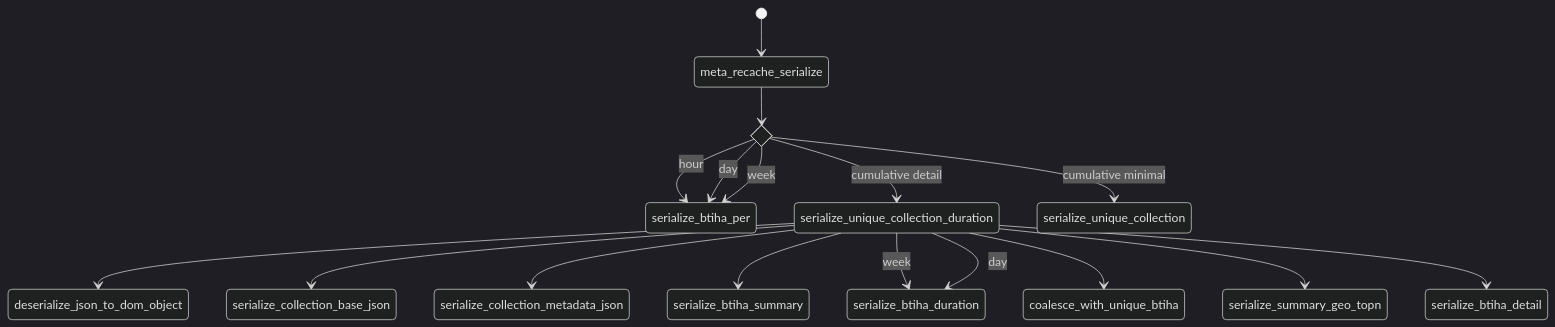
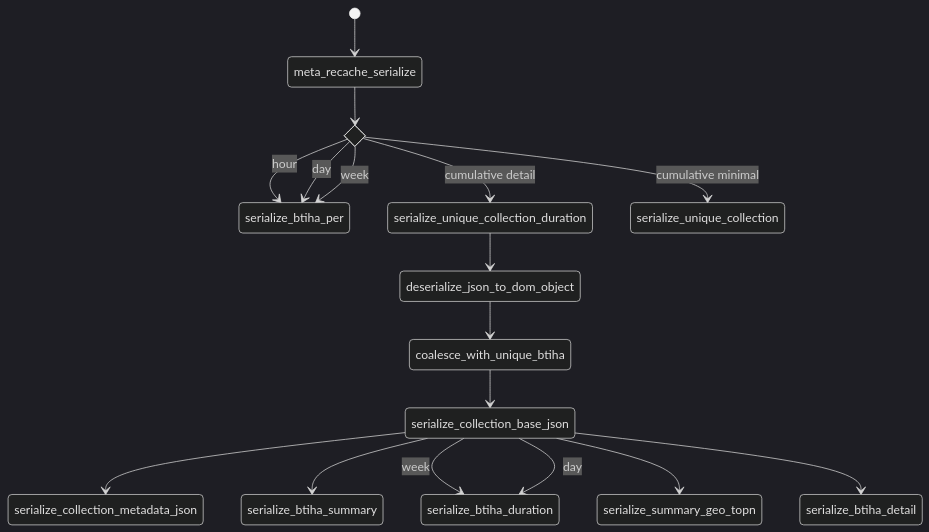
Before and after one commit to bdekoz/alpha60-docs: the diagram in docs/graphs/meta_recache_serialize.mmd, drawn with Mermaid (dark theme). The commit also changed 2 other files, not shown here.

```diff
--- a/docs/graphs/meta_recache_serialize.mmd
+++ b/docs/graphs/meta_recache_serialize.mmd
@@ -1,23 +1,21 @@
 stateDiagram-v2
     [*] --> meta_recache_serialize
 
     state if_state<<choice>>
     meta_recache_serialize --> if_state
     if_state --> serialize_btiha_per: hour
     if_state --> serialize_btiha_per: day
     if_state --> serialize_btiha_per: week
     if_state --> serialize_unique_collection_duration: cumulative detail
     if_state --> serialize_unique_collection: cumulative minimal
 
     serialize_unique_collection_duration --> deserialize_json_to_dom_object
-    serialize_unique_collection_duration --> serialize_collection_base_json
-    serialize_unique_collection_duration --> serialize_collection_metadata_json
-    serialize_unique_collection_duration --> serialize_btiha_summary
+    deserialize_json_to_dom_object --> coalesce_with_unique_btiha
 
-    serialize_unique_collection_duration --> serialize_btiha_duration: week
-    serialize_unique_collection_duration --> serialize_btiha_duration: day
-
-    serialize_unique_collection_duration --> coalesce_with_unique_btiha
-
-    serialize_unique_collection_duration --> serialize_summary_geo_topn
-    serialize_unique_collection_duration --> serialize_btiha_detail
+    coalesce_with_unique_btiha --> serialize_collection_base_json
+    serialize_collection_base_json --> serialize_collection_metadata_json
+    serialize_collection_base_json --> serialize_btiha_summary
+    serialize_collection_base_json --> serialize_btiha_duration: week
+    serialize_collection_base_json --> serialize_btiha_duration: day
+    serialize_collection_base_json --> serialize_summary_geo_topn
+    serialize_collection_base_json --> serialize_btiha_detail
```
